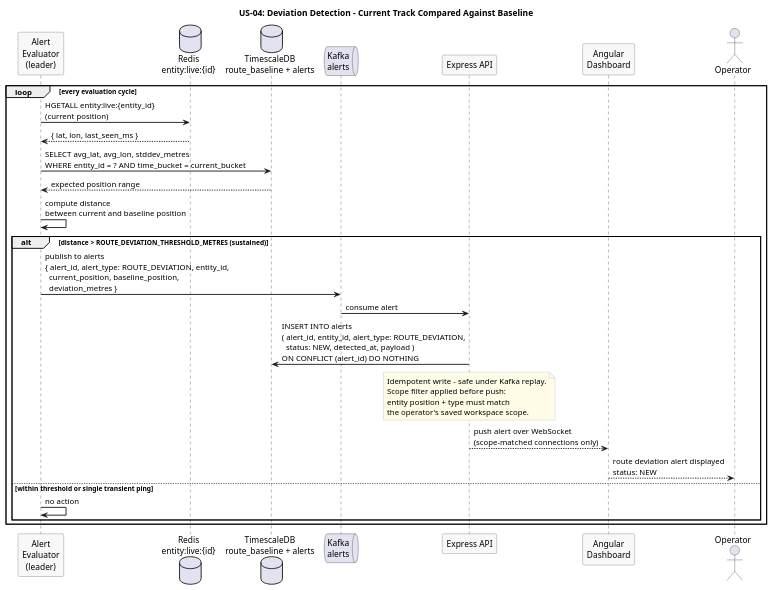
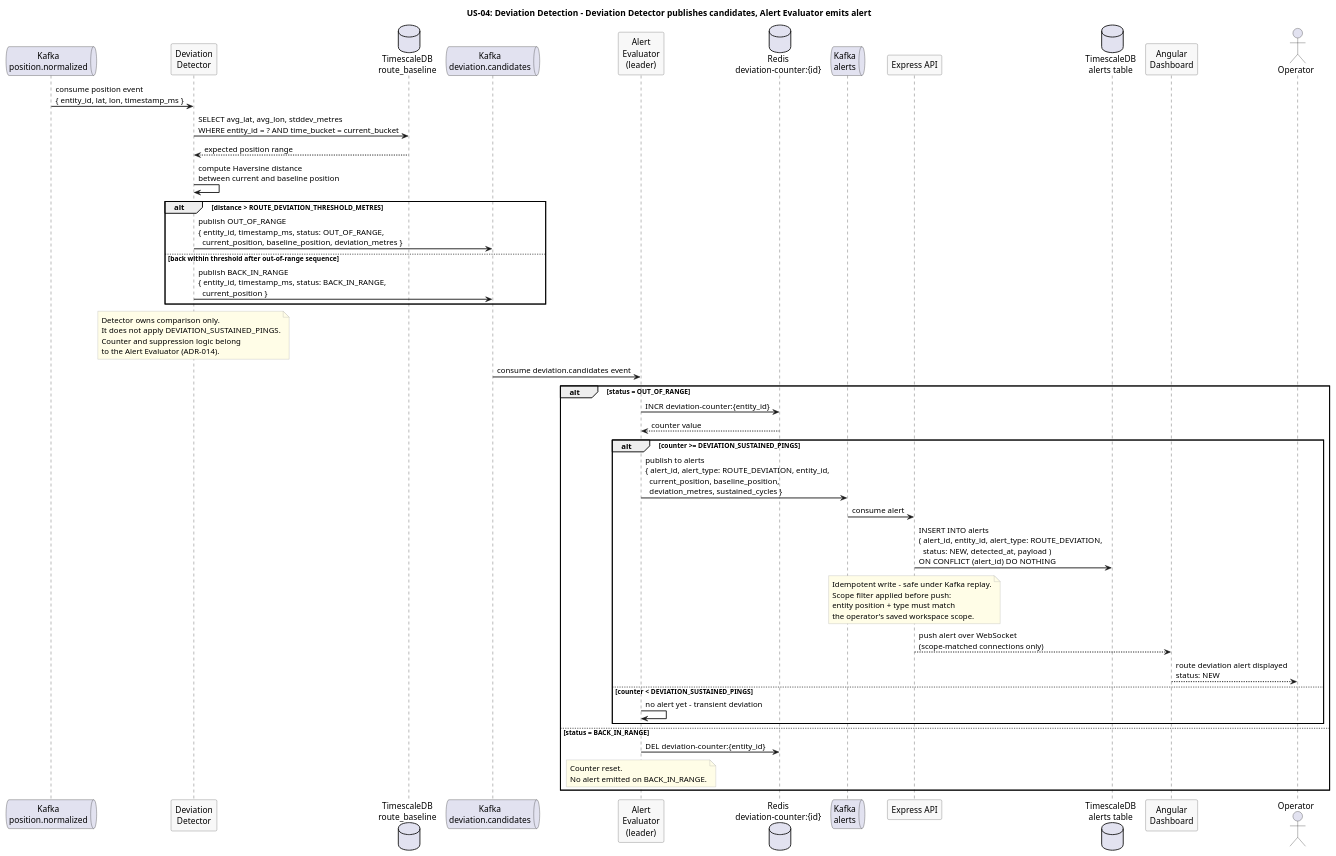
The diagram in docs/use-cases/US-04-route-deviation-alert/deviation-detection.puml (Buffden/sentinel), drawn with PlantUML before and after one commit. The commit also changed 18 other files, not shown here.

Commit message:
introduce hybrid input model across all architecture docs

```diff
--- a/docs/use-cases/US-04-route-deviation-alert/deviation-detection.puml
+++ b/docs/use-cases/US-04-route-deviation-alert/deviation-detection.puml
@@ -1,44 +1,72 @@
 @startuml deviation-detection
-title US-04: Deviation Detection - Current Track Compared Against Baseline
+title US-04: Deviation Detection - Deviation Detector publishes candidates, Alert Evaluator emits alert
 
 skinparam sequenceArrowThickness 1.5
 skinparam participantBorderColor #555555
 skinparam participantBackgroundColor #F8F8F8
 skinparam noteBorderColor #AAAAAA
 skinparam noteBackgroundColor #FFFDE7
 
+queue "Kafka\nposition.normalized" as NormKafka
+participant "Deviation\nDetector" as Detector
+database "TimescaleDB\nroute_baseline" as Baseline
+queue "Kafka\ndeviation.candidates" as DevCandKafka
 participant "Alert\nEvaluator\n(leader)" as Evaluator
-database "Redis\nentity:live:{id}" as Redis
-database "TimescaleDB\nroute_baseline + alerts" as Baseline
-queue "Kafka\nalerts" as Kafka
+database "Redis\ndeviation-counter:{id}" as DevState
+queue "Kafka\nalerts" as Alerts
 participant "Express API" as API
+database "TimescaleDB\nalerts table" as TSDB
 participant "Angular\nDashboard" as Dashboard
 actor Operator
 
-loop every evaluation cycle
-  Evaluator -> Redis : HGETALL entity:live:{entity_id}\n(current position)
-  Redis --> Evaluator : { lat, lon, last_seen_ms }
+NormKafka -> Detector : consume position event\n{ entity_id, lat, lon, timestamp_ms }
 
-  Evaluator -> Baseline : SELECT avg_lat, avg_lon, stddev_metres\nWHERE entity_id = ? AND time_bucket = current_bucket
-  Baseline --> Evaluator : expected position range
+Detector -> Baseline : SELECT avg_lat, avg_lon, stddev_metres\nWHERE entity_id = ? AND time_bucket = current_bucket
+Baseline --> Detector : expected position range
 
-  Evaluator -> Evaluator : compute distance\nbetween current and baseline position
+Detector -> Detector : compute Haversine distance\nbetween current and baseline position
 
-  alt distance > ROUTE_DEVIATION_THRESHOLD_METRES (sustained)
-    Evaluator -> Kafka : publish to alerts\n{ alert_id, alert_type: ROUTE_DEVIATION, entity_id,\n  current_position, baseline_position,\n  deviation_metres }
-    Kafka -> API : consume alert
-    API -> Baseline : INSERT INTO alerts\n( alert_id, entity_id, alert_type: ROUTE_DEVIATION,\n  status: NEW, detected_at, payload )\nON CONFLICT (alert_id) DO NOTHING
+alt distance > ROUTE_DEVIATION_THRESHOLD_METRES
+  Detector -> DevCandKafka : publish OUT_OF_RANGE\n{ entity_id, timestamp_ms, status: OUT_OF_RANGE,\n  current_position, baseline_position, deviation_metres }
+else back within threshold after out-of-range sequence
+  Detector -> DevCandKafka : publish BACK_IN_RANGE\n{ entity_id, timestamp_ms, status: BACK_IN_RANGE,\n  current_position }
+end
+
+note over Detector
+  Detector owns comparison only.
+  It does not apply DEVIATION_SUSTAINED_PINGS.
+  Counter and suppression logic belong
+  to the Alert Evaluator (ADR-014).
+end note
+
+DevCandKafka -> Evaluator : consume deviation.candidates event
+
+alt status = OUT_OF_RANGE
+  Evaluator -> DevState : INCR deviation-counter:{entity_id}
+  DevState --> Evaluator : counter value
+
+  alt counter >= DEVIATION_SUSTAINED_PINGS
+    Evaluator -> Alerts : publish to alerts\n{ alert_id, alert_type: ROUTE_DEVIATION, entity_id,\n  current_position, baseline_position,\n  deviation_metres, sustained_cycles }
+    Alerts -> API : consume alert
+    API -> TSDB : INSERT INTO alerts\n( alert_id, entity_id, alert_type: ROUTE_DEVIATION,\n  status: NEW, detected_at, payload )\nON CONFLICT (alert_id) DO NOTHING
     note over API
       Idempotent write - safe under Kafka replay.
       Scope filter applied before push:
       entity position + type must match
       the operator's saved workspace scope.
     end note
     API --> Dashboard : push alert over WebSocket\n(scope-matched connections only)
     Dashboard --> Operator : route deviation alert displayed\nstatus: NEW
-  else within threshold or single transient ping
-    Evaluator -> Evaluator : no action
+  else counter < DEVIATION_SUSTAINED_PINGS
+    Evaluator -> Evaluator : no alert yet - transient deviation
   end
+
+else status = BACK_IN_RANGE
+  Evaluator -> DevState : DEL deviation-counter:{entity_id}
+  note over Evaluator
+    Counter reset.
+    No alert emitted on BACK_IN_RANGE.
+  end note
 end
 
 @enduml
```
